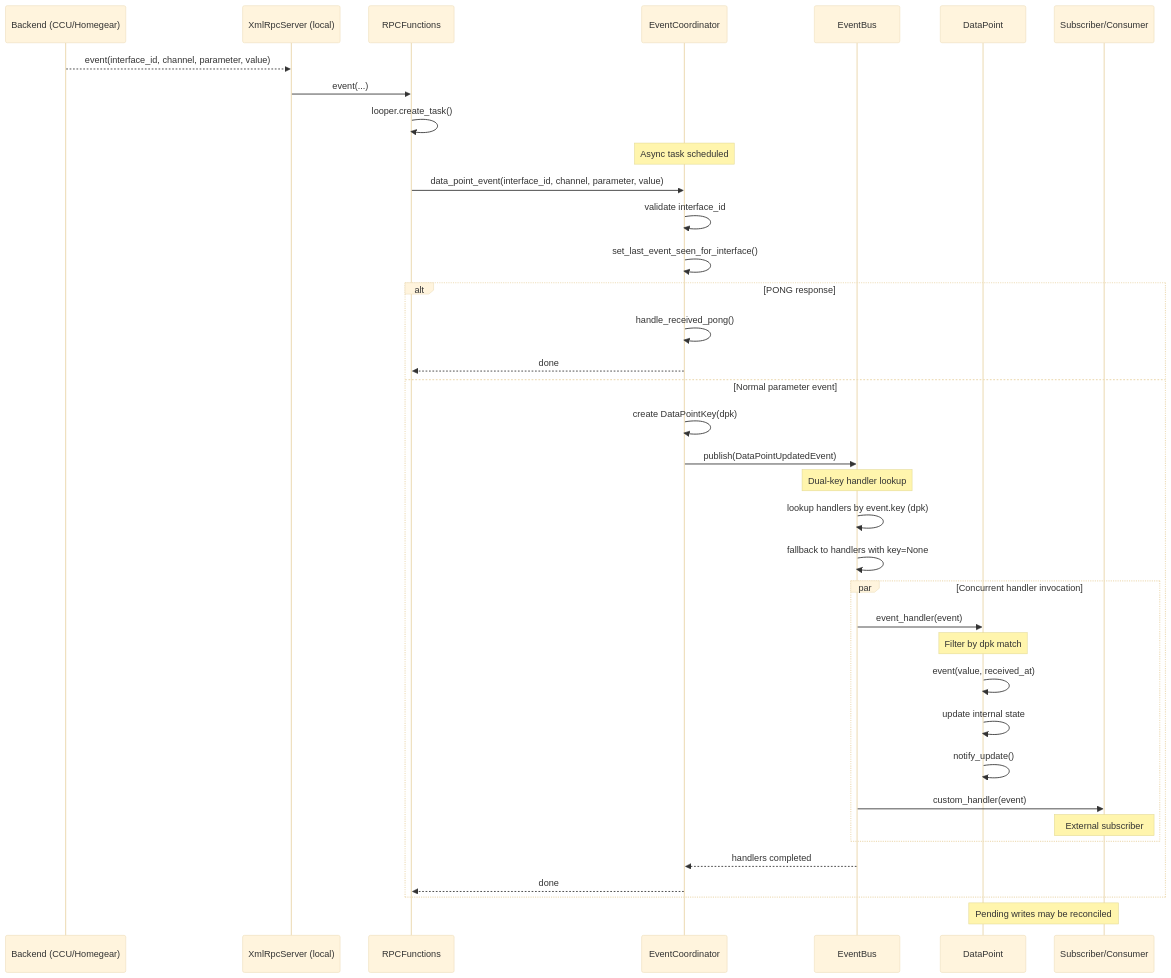
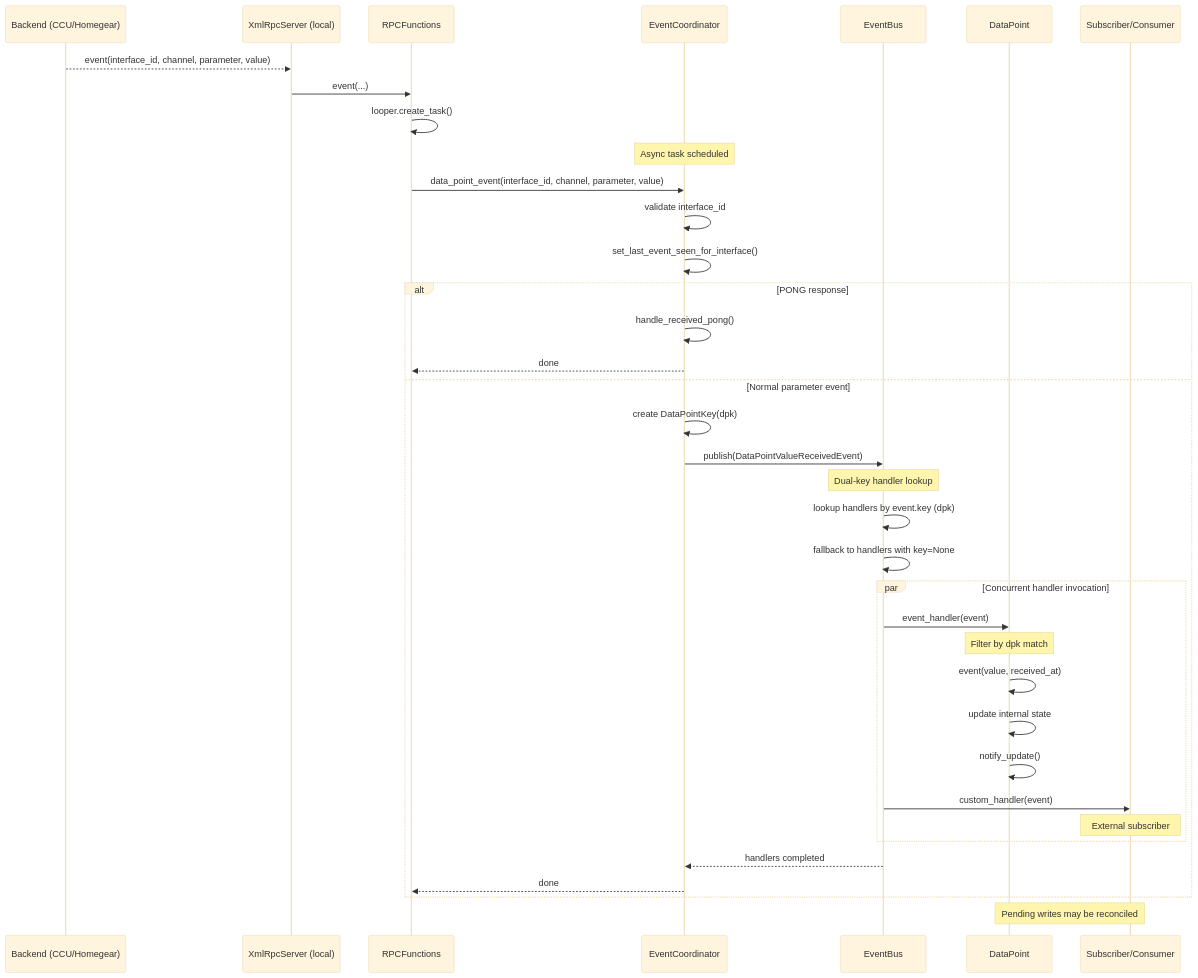
Before and after one commit to SukramJ/aiohomematic: the third of 16 diagrams in docs/sequence_diagrams.md, drawn with Mermaid (base theme). The commit also changed other lines of this file and 42 other files, not shown here.

````diff
--- a/docs/sequence_diagrams.md
+++ b/docs/sequence_diagrams.md
@@ -147,49 +147,49 @@
 ```mermaid
 sequenceDiagram
   participant CCU as Backend (CCU/Homegear)
   participant XRS as XmlRpcServer (local)
   participant RPC as RPCFunctions
   participant EC as EventCoordinator
   participant EB as EventBus
   participant DP as DataPoint
   participant App as Subscriber/Consumer
 
   CCU-->>XRS: event(interface_id, channel, parameter, value)
   XRS->>RPC: event(...)
   RPC->>RPC: looper.create_task()
 
   Note over EC: Async task scheduled
   RPC->>EC: data_point_event(interface_id, channel, parameter, value)
 
   EC->>EC: validate interface_id
   EC->>EC: set_last_event_seen_for_interface()
 
   alt PONG response
     EC->>EC: handle_received_pong()
     EC-->>RPC: done
   else Normal parameter event
     EC->>EC: create DataPointKey(dpk)
 
-    EC->>EB: publish(DataPointUpdatedEvent)
+    EC->>EB: publish(DataPointValueReceivedEvent)
 
     Note over EB: Dual-key handler lookup
     EB->>EB: lookup handlers by event.key (dpk)
     EB->>EB: fallback to handlers with key=None
 
     par Concurrent handler invocation
       EB->>DP: event_handler(event)
       Note over DP: Filter by dpk match
       DP->>DP: event(value, received_at)
       DP->>DP: update internal state
       DP->>DP: notify_update()
 
       EB->>App: custom_handler(event)
       Note over App: External subscriber
     end
 
     EB-->>EC: handlers completed
     EC-->>RPC: done
   end
 
   Note over DP,App: Pending writes may be reconciled
 ```
````
